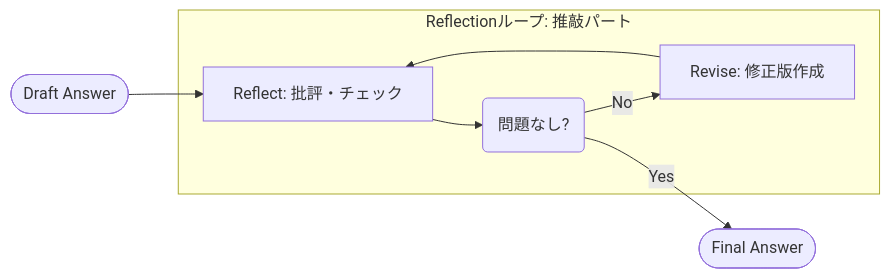
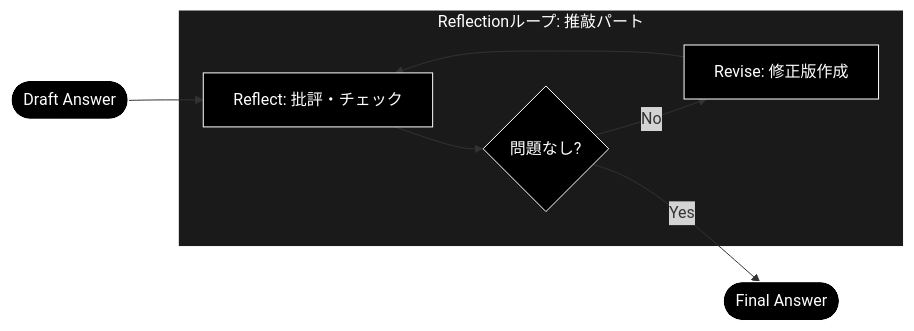
The fifth of 10 diagrams in readme_react_reflection.md (nakashima2toshio/ollama_grace_agent_v2), drawn with Mermaid before and after one commit. The commit also changed other lines of this file and 7 other files, not shown here.

````diff
--- a/readme_react_reflection.md
+++ b/readme_react_reflection.md
@@ -593,10 +660,14 @@
 ```mermaid
 flowchart LR
-    R_Input([Draft Answer]) --> R_Reflect
+    R_Input(["Draft Answer"]) --> R_Reflect
     subgraph Reflection_Loop ["Reflectionループ: 推敲パート"]
-        R_Reflect["Reflect: 批評・チェック"] --> R_Check("問題なし?")
+        R_Reflect["Reflect: 批評・チェック"] --> R_Check{"問題なし?"}
         R_Check -- No --> R_Revise["Revise: 修正版作成"]
         R_Revise --> R_Reflect
     end
-    R_Check -- Yes --> R_Output([Final Answer])
+    R_Check -- Yes --> R_Output(["Final Answer"])
+classDef default fill:#000,stroke:#fff,color:#fff
+classDef subgraphStyle fill:#1a1a1a,stroke:#fff,color:#fff
+class R_Input,R_Reflect,R_Check,R_Revise,R_Output default
+style Reflection_Loop fill:#1a1a1a,stroke:#fff,color:#fff
 ```
````
